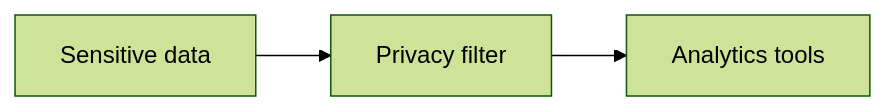
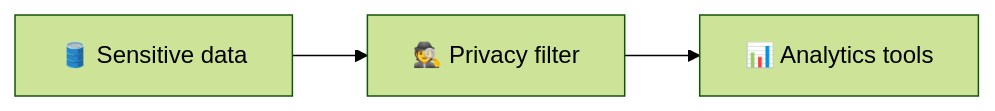
One commit to pasunboneleve/gcp-rust-blog-public changed the fourth of 5 diagrams in content/posts/2026-03-13-impossible-requests-missing-capabilities.md. Above: the diagram before and after it, drawn with Mermaid (forest theme). The commit also changed other lines of this file, not shown here.

````diff
--- a/content/posts/2026-03-13-impossible-requests-missing-capabilities.md
+++ b/content/posts/2026-03-13-impossible-requests-missing-capabilities.md
@@ -80,8 +80,8 @@
 ```mermaid
 flowchart LR
-    sensitive[Sensitive data]
-    privacy[Privacy filter]
-    tools[Analytics tools]
+    sensitive[🛢️ Sensitive data]
+    privacy[🕵️ Privacy filter]
+    tools[📊 Analytics tools]
 
     sensitive --> privacy --> tools
 ```
````
